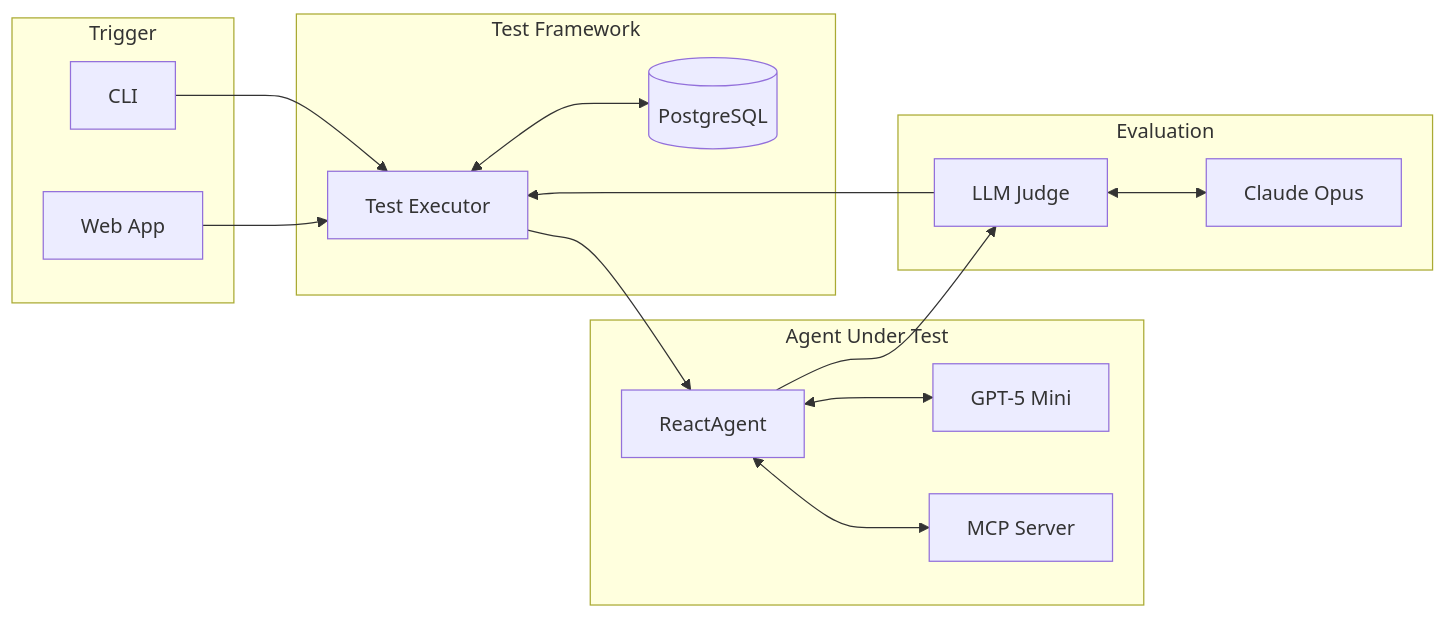
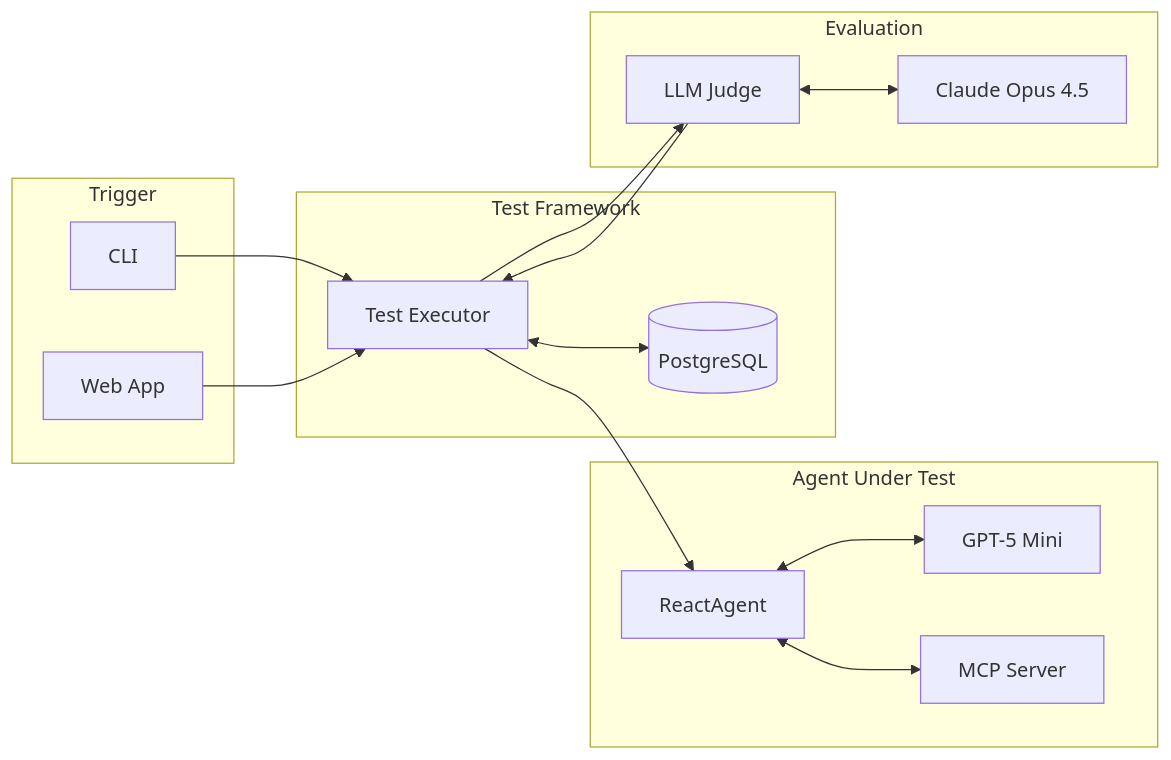
The second of 2 diagrams in _posts/2025-12-26-llm-as-judge-e2e-testing-ai-agents.md (1024inc/engineering-blog), drawn with Mermaid before and after one commit.

Commit message:
Fix diagrams

````diff
--- a/_posts/2025-12-26-llm-as-judge-e2e-testing-ai-agents.md
+++ b/_posts/2025-12-26-llm-as-judge-e2e-testing-ai-agents.md
@@ -142,33 +142,33 @@
 ```mermaid
 flowchart LR
     subgraph Trigger[Trigger]
         CLI[CLI]
         Web[Web App]
     end
 
     subgraph Framework[Test Framework]
         Executor[Test Executor]
         DB[(PostgreSQL)]
     end
 
     subgraph Agent[Agent Under Test]
         RA[ReactAgent]
         LLM1[GPT-5 Mini]
         MCP[MCP Server]
     end
 
     subgraph Eval[Evaluation]
         Judge[LLM Judge]
-        LLM2[Claude Opus]
+        LLM2[Claude Opus 4.5]
     end
 
     CLI --> Executor
     Web --> Executor
     Executor <--> DB
     Executor --> RA
     RA <--> LLM1
     RA <--> MCP
-    RA --> Judge
+    Executor --> Judge
     Judge <--> LLM2
     Judge --> Executor
 ```
````
